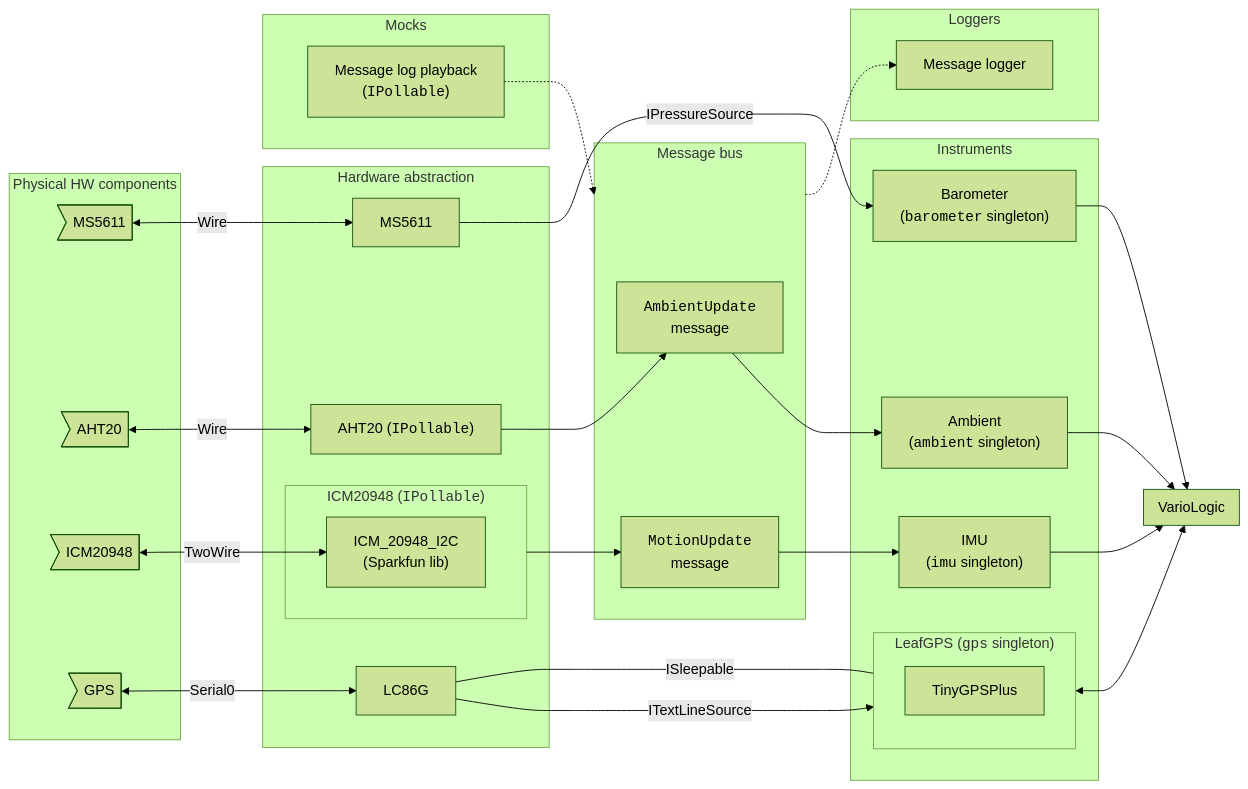
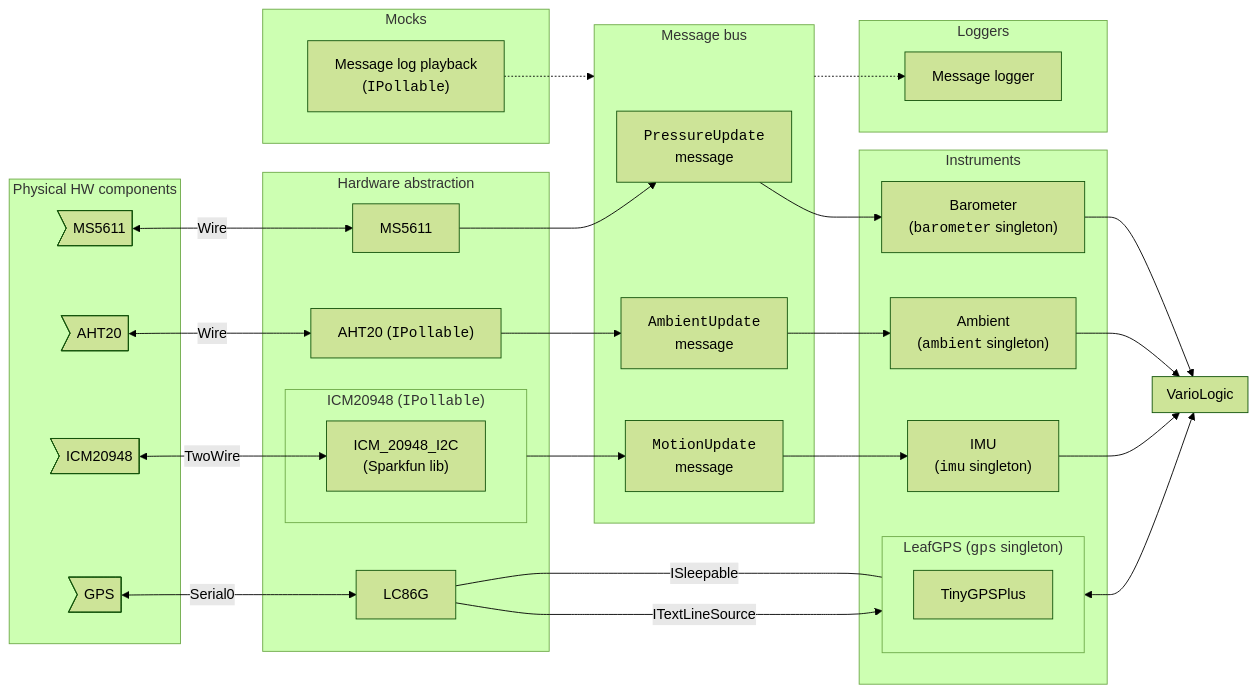
The diagram in src/vario/README.md (DangerMonkeys/leaf), drawn with Mermaid (forest theme) before and after one commit. The commit also changed 9 other files, not shown here.

Commit message:
Transmit pressure information via message bus (#176)

````diff
--- a/src/vario/README.md
+++ b/src/vario/README.md
@@ -47,58 +47,59 @@
 ```mermaid
 flowchart LR
     subgraph Physical HW components
         MS5611dev>MS5611]
         AHT20dev>AHT20]
         ICM20948dev>ICM20948]
         GPSdev>GPS]
     end
 
     subgraph Hardware abstraction
         AHT20hw["AHT20 (<code>IPollable</code>)"]
         MS5611["MS5611"]
         subgraph ICM20948["ICM20948 (<code>IPollable</code>)"]
             ICM_20948_I2C
         end
         LC86G
     end
 
     subgraph Mocks
         MessagePlayback["Message log playback<br>(<code>IPollable</code>)"]
     end
 
     subgraph Instruments
         Ambient["Ambient<br>(<code>ambient</code> singleton)"]
         Barometer["Barometer<br>(<code>barometer</code> singleton)"]
         IMU["IMU<br>(<code>imu</code> singleton)"]
         subgraph LeafGPS["LeafGPS (<code>gps</code> singleton)"]
             TinyGPSPlus
         end
     end
 
     subgraph Loggers
         MessageLogger["Message logger"]
     end
 
     subgraph MessageBus["Message bus"]
+        PressureUpdateMessage["<code>PressureUpdate</code><br>message"]
         AmbientUpdateMessage["<code>AmbientUpdate</code><br>message"]
         MotionUpdateMessage["<code>MotionUpdate</code><br>message"]
     end
 
     subgraph VarioLogic
     end
 
-    MS5611dev <-->|Wire| MS5611 -->|IPressureSource| Barometer
+    MS5611dev <-->|Wire| MS5611 --> PressureUpdateMessage --> Barometer
     AHT20dev <-->|Wire| AHT20hw --> AmbientUpdateMessage --> Ambient
     GPSdev <-->|Serial0| LC86G -->|ITextLineSource| LeafGPS
     LC86G ---|ISleepable| LeafGPS
 
     MessagePlayback -.-> MessageBus -.-> MessageLogger
 
     ICM20948dev <-->|TwoWire| ICM_20948_I2C["ICM_20948_I2C<br>(Sparkfun lib)"]
     ICM20948 --> MotionUpdateMessage --> IMU
 
     Barometer --> VarioLogic
     IMU --> VarioLogic
     Ambient --> VarioLogic
     LeafGPS <--> VarioLogic
 ```
````
